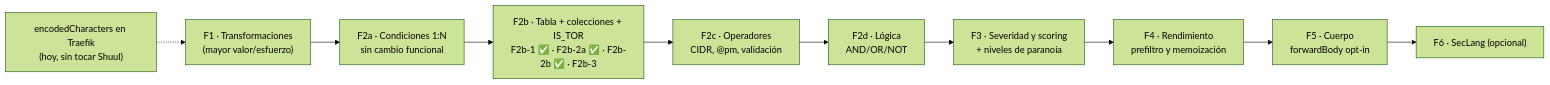
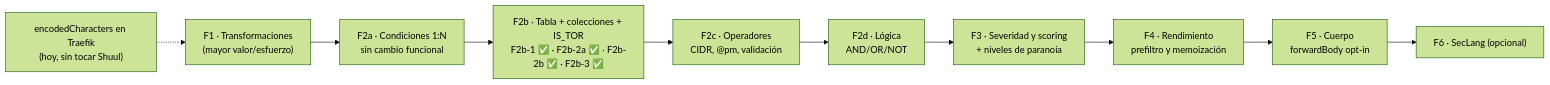
The diagram in WAF-ROADMAP.md (atareao/shuul), drawn with Mermaid (forest theme) before and after one commit. The commit also changed other lines of this file and 5 other files, not shown here.

````diff
--- a/WAF-ROADMAP.md
+++ b/WAF-ROADMAP.md
@@ -385,12 +385,12 @@
 ```mermaid
 flowchart LR
   F1["F1 · Transformaciones<br/>(mayor valor/esfuerzo)"] --> F2a["F2a · Condiciones 1:N<br/>sin cambio funcional"]
-  F2a --> F2b["F2b · Tabla + colecciones + IS_TOR<br/>F2b-1 ✅ · F2b-2a ✅ · F2b-2b ✅ · F2b-3"]
+  F2a --> F2b["F2b · Tabla + colecciones + IS_TOR<br/>F2b-1 ✅ · F2b-2a ✅ · F2b-2b ✅ · F2b-3 ✅"]
   F2b --> F2c["F2c · Operadores<br/>CIDR, @pm, validación"]
   F2c --> F2d["F2d · Lógica<br/>AND/OR/NOT"]
   F2d --> F3["F3 · Severidad y scoring<br/>+ niveles de paranoia"]
   F3 --> F4["F4 · Rendimiento<br/>prefiltro y memoización"]
   F4 --> F5["F5 · Cuerpo<br/>forwardBody opt-in"]
   F5 --> F6["F6 · SecLang (opcional)"]
   X["encodedCharacters en Traefik<br/>(hoy, sin tocar Shuul)"] -.-> F1
 ```
````
